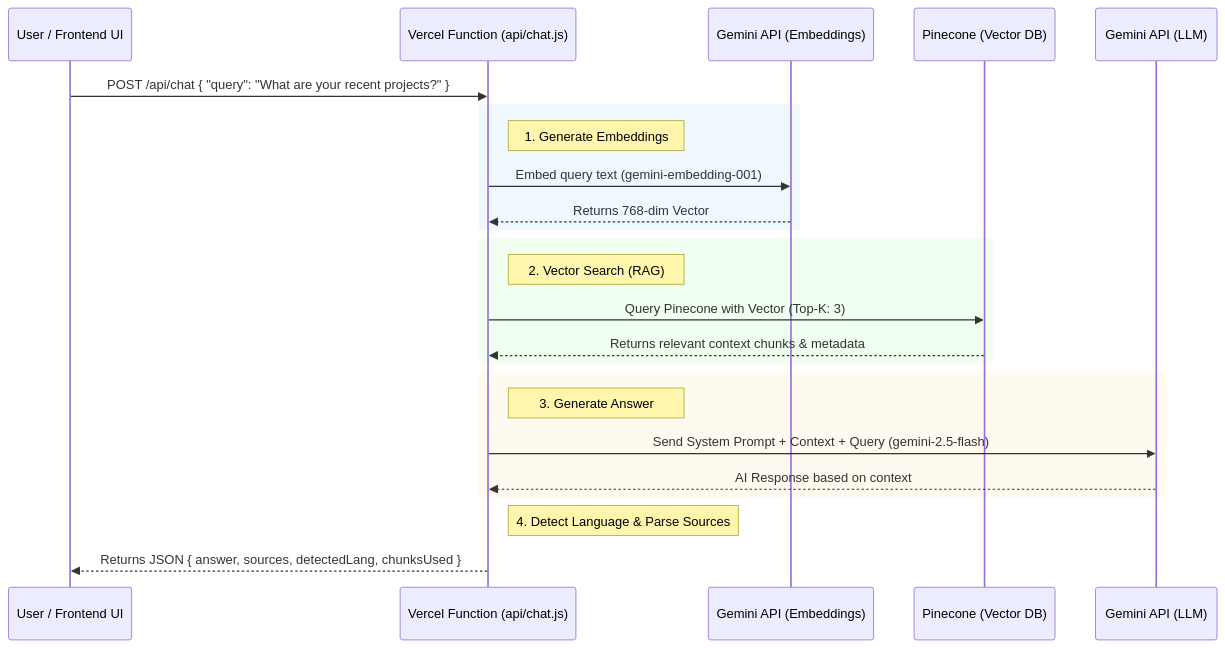
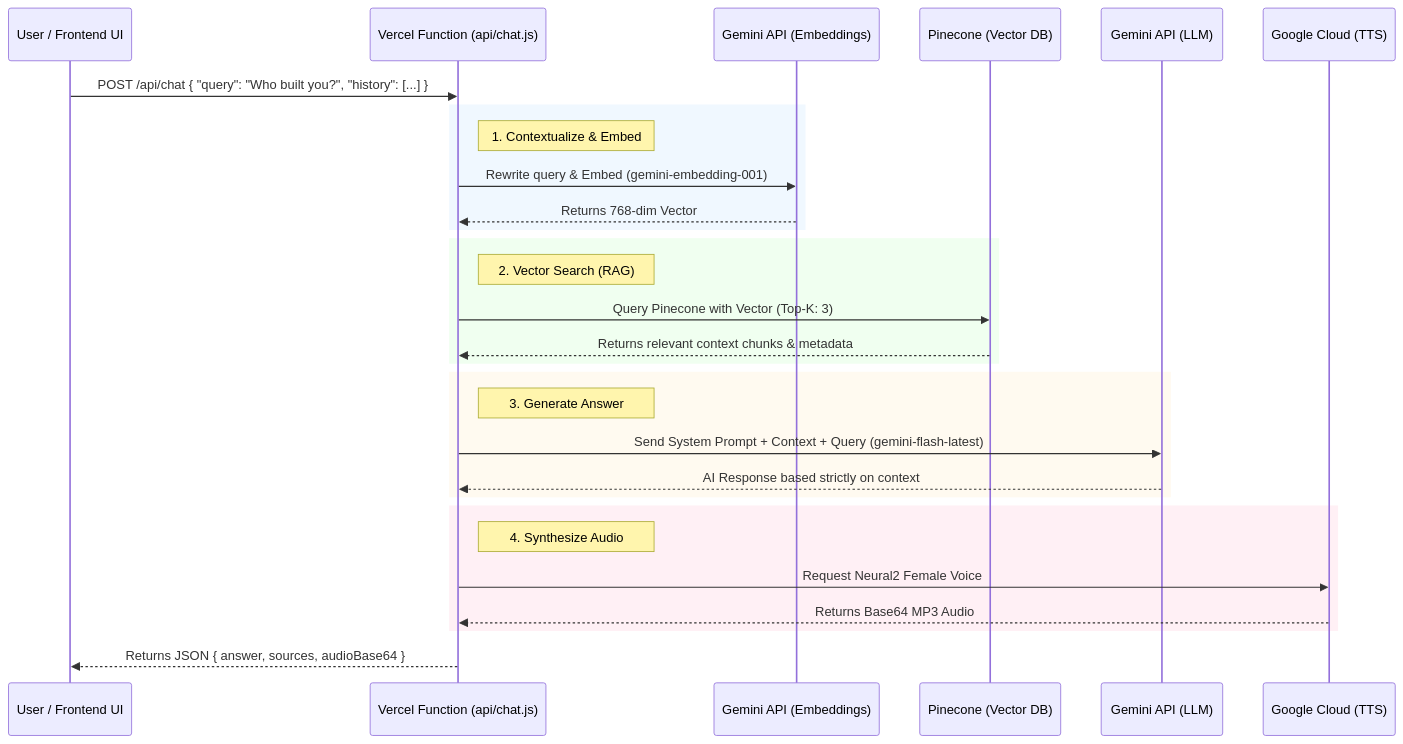
The diagram in README.md (chhayanshporwal/voice-rag-backend), drawn with Mermaid before and after one commit. The commit also changed other lines of this file and 1 other file, not shown here.

Commit message:
feat: removed ElevenLabs, promoted Google TTS, and updated architecture README

````diff
--- a/README.md
+++ b/README.md
@@ -22,31 +19,37 @@
 ```mermaid
 sequenceDiagram
     participant Client as User / Frontend UI
     participant Vercel as Vercel Function (api/chat.js)
     participant Embed as Gemini API (Embeddings)
     participant DB as Pinecone (Vector DB)
     participant LLM as Gemini API (LLM)
+    participant TTS as Google Cloud (TTS)
 
-    Client->>Vercel: POST /api/chat { "query": "What are your recent projects?" }
+    Client->>Vercel: POST /api/chat { "query": "Who built you?", "history": [...] }
     
     rect rgb(240, 248, 255)
-        Note right of Vercel: 1. Generate Embeddings
-        Vercel->>Embed: Embed query text (gemini-embedding-001)
+        Note right of Vercel: 1. Contextualize & Embed
+        Vercel->>Embed: Rewrite query & Embed (gemini-embedding-001)
         Embed-->>Vercel: Returns 768-dim Vector
     end
 
     rect rgb(240, 255, 240)
         Note right of Vercel: 2. Vector Search (RAG)
         Vercel->>DB: Query Pinecone with Vector (Top-K: 3)
         DB-->>Vercel: Returns relevant context chunks & metadata
     end
 
     rect rgb(255, 250, 240)
         Note right of Vercel: 3. Generate Answer
-        Vercel->>LLM: Send System Prompt + Context + Query (gemini-2.5-flash)
-        LLM-->>Vercel: AI Response based on context
+        Vercel->>LLM: Send System Prompt + Context + Query (gemini-flash-latest)
+        LLM-->>Vercel: AI Response based strictly on context
+    end
+
+    rect rgb(255, 240, 245)
+        Note right of Vercel: 4. Synthesize Audio
+        Vercel->>TTS: Request Neural2 Female Voice
+        TTS-->>Vercel: Returns Base64 MP3 Audio
     end
     
-    Note right of Vercel: 4. Detect Language & Parse Sources
-    Vercel-->>Client: Returns JSON { answer, sources, detectedLang, chunksUsed }
+    Vercel-->>Client: Returns JSON { answer, sources, audioBase64 }
 ```
````
